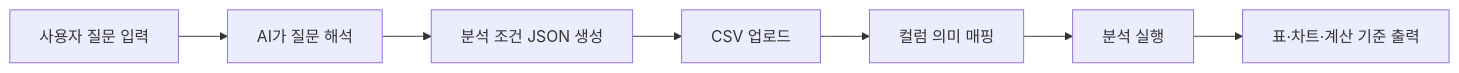
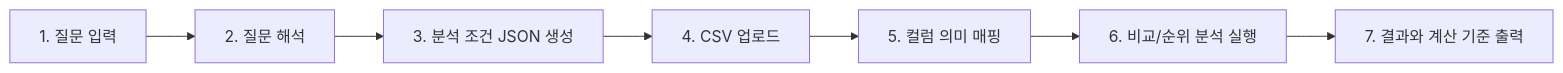
The second of 5 diagrams in docs/elevator_speech.md (26-ewha-capstone-logue/logue), drawn with Mermaid before and after one commit. The commit also changed other lines of this file, not shown here.

````diff
--- a/docs/elevator_speech.md
+++ b/docs/elevator_speech.md
@@ -82,9 +107,9 @@
-~~~mermaid
+```mermaid
 flowchart LR
-    A[사용자 질문 입력] --> B[AI가 질문 해석]
-    B --> C[분석 조건 JSON 생성]
-    C --> D[CSV 업로드]
-    D --> E[컬럼 의미 매핑]
-    E --> F[분석 실행]
-    F --> G[표·차트·계산 기준 출력]
-~~~
+    A[1. 질문 입력] --> B[2. 질문 해석]
+    B --> C[3. 분석 조건 JSON 생성]
+    C --> D[4. CSV 업로드]
+    D --> E[5. 컬럼 의미 매핑]
+    E --> F[6. 비교/순위 분석 실행]
+    F --> G[7. 결과와 계산 기준 출력]
+```
````
